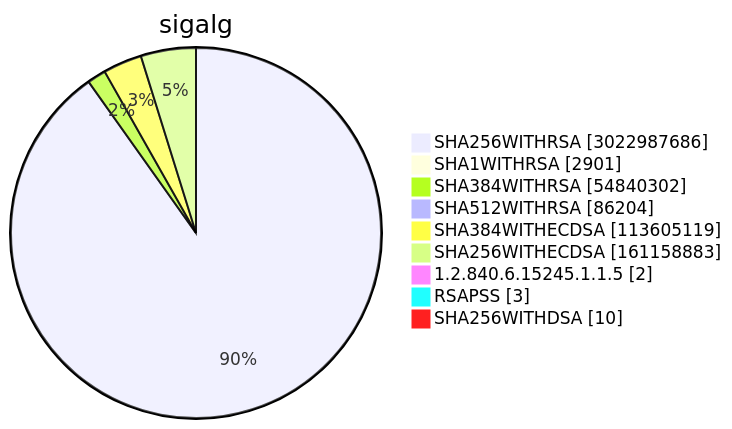
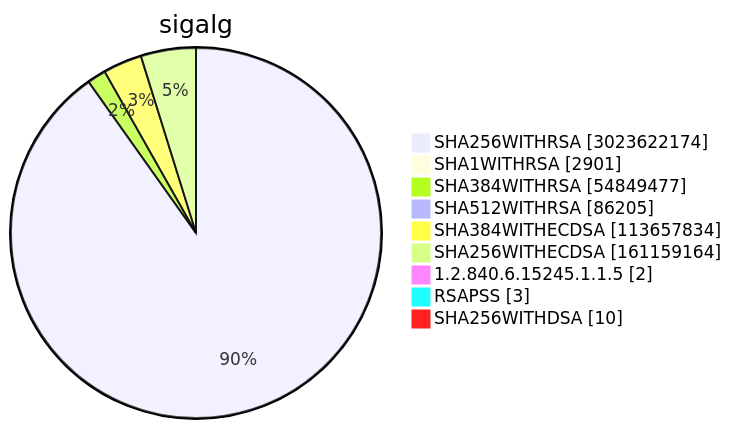
Diagram 15 of 15 in TOTAL/README.md (christiankrug/ctmonitor_visualization), drawn with Mermaid before and after one commit. The commit also changed other lines of this file, not shown here.

````diff
--- a/TOTAL/README.md
+++ b/TOTAL/README.md
@@ -6208,13 +6208,13 @@
 ```mermaid
 pie showData
 title sigalg
-"SHA256WITHRSA" :3022987686
+"SHA256WITHRSA" :3023622174
 "SHA1WITHRSA" :2901
-"SHA384WITHRSA" :54840302
-"SHA512WITHRSA" :86204
-"SHA384WITHECDSA" :113605119
-"SHA256WITHECDSA" :161158883
+"SHA384WITHRSA" :54849477
+"SHA512WITHRSA" :86205
+"SHA384WITHECDSA" :113657834
+"SHA256WITHECDSA" :161159164
 "1.2.840.6.15245.1.1.5" :2
 "RSAPSS" :3
 "SHA256WITHDSA" :10
 ```
````
